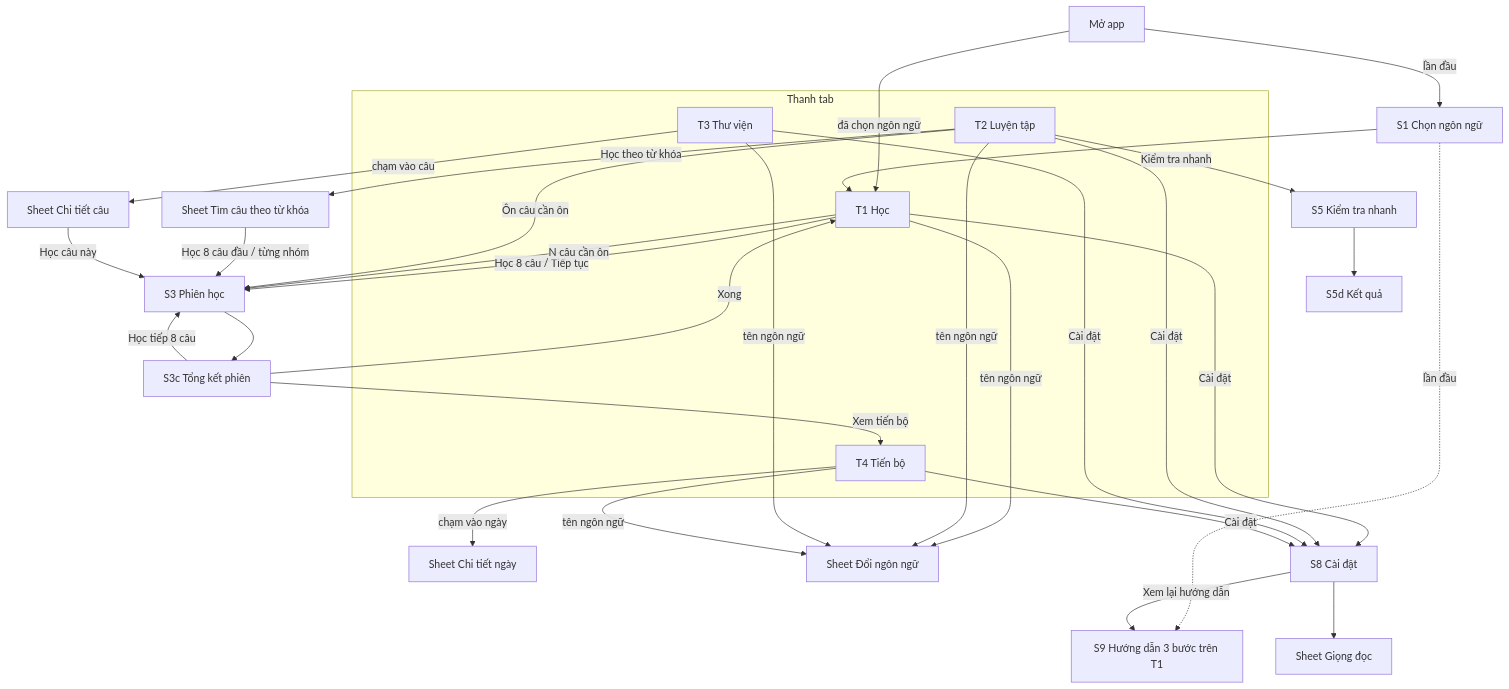
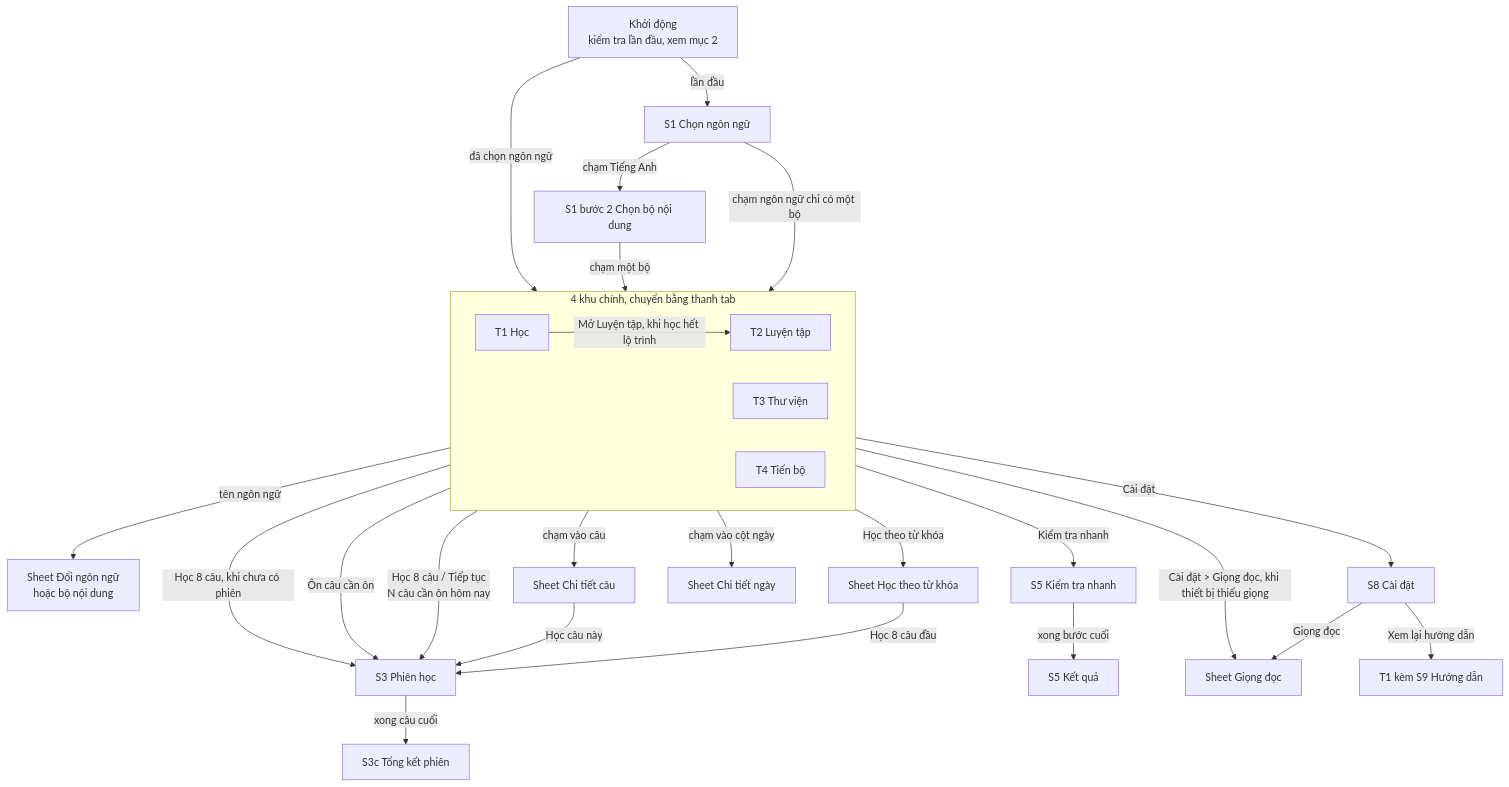
The third of 10 diagrams in docs/new/navigation.md (nguyendinhdat2207/dangonngu), drawn with Mermaid before and after one commit. The commit also changed other lines of this file and 85 other files, not shown here.

````diff
--- a/docs/new/navigation.md
+++ b/docs/new/navigation.md
@@ -5,37 +92,58 @@
 ```mermaid
 flowchart TD
-  A[Mở app] -->|lần đầu| L[S1 Chọn ngôn ngữ]
-  A -->|đã chọn ngôn ngữ| H
-  L --> H
-  L -.->|lần đầu| GD[S9 Hướng dẫn 3 bước trên T1]
+  BOOT["Khởi động<br/>kiểm tra lần đầu, xem mục 2"] -->|"lần đầu"| L["S1 Chọn ngôn ngữ"]
+  %% @spec APP-05
+  L -->|"chạm ngôn ngữ chỉ có một bộ"| TABS
+  %% @spec S1-04
+  L -->|"chạm Tiếng Anh"| PK["S1 bước 2 Chọn bộ nội dung"]
+  %% @spec S1-07
+  PK -->|"chạm một bộ"| TABS
+  %% @spec S1-07
+  BOOT -->|"đã chọn ngôn ngữ"| TABS
+  %% @spec APP-05
 
-  subgraph TABS[Thanh tab]
-    H[T1 Học]
-    P[T2 Luyện tập]
-    B[T3 Thư viện]
-    G[T4 Tiến bộ]
+  subgraph TABS["4 khu chính, chuyển bằng thanh tab"]
+    %% @spec APP-01, C5-01
+    direction LR
+    H["T1 Học"]
+    P["T2 Luyện tập"]
+    B["T3 Thư viện"]
+    G["T4 Tiến bộ"]
   end
 
-  H -->|Học 8 câu / Tiếp tục| S[S3 Phiên học]
-  H -->|N câu cần ôn| S
-  S --> SR[S3c Tổng kết phiên]
-  SR -->|Xem tiến bộ| G
-  SR -->|Học tiếp 8 câu| S
-  SR -->|Xong| H
+  TABS -->|"tên ngôn ngữ"| LS["Sheet Đổi ngôn ngữ<br/>hoặc bộ nội dung"]
+  %% @spec APP-02, APP-06
+  TABS -->|"Cài đặt"| ST["S8 Cài đặt"]
+  %% @spec APP-02
 
-  P -->|Ôn câu cần ôn| S
-  P -->|Kiểm tra nhanh| K[S5 Kiểm tra nhanh]
-  K --> KR[S5d Kết quả]
-  P -->|Học theo từ khóa| C[Sheet Tìm câu theo từ khóa]
-  C -->|Học 8 câu đầu / từng nhóm| S
-
-  B -->|chạm vào câu| D[Sheet Chi tiết câu]
-  D -->|Học câu này| S
-
-  G -->|chạm vào ngày| GDY[Sheet Chi tiết ngày]
-
-  H & P & B & G -->|tên ngôn ngữ| LS[Sheet Đổi ngôn ngữ]
-  H & P & B & G -->|Cài đặt| ST[S8 Cài đặt]
-  ST --> V[Sheet Giọng đọc]
-  ST -->|Xem lại hướng dẫn| GD
+  H -->|"Học 8 câu / Tiếp tục<br/>N câu cần ôn hôm nay"| S["S3 Phiên học"]
+  %% @spec T1-02, T1-04
+  H -->|"Mở Luyện tập, khi học hết lộ trình"| P
+  %% @spec T1-05
+  P -->|"Ôn câu cần ôn"| S
+  %% @spec T2-02
+  P -->|"Học theo từ khóa"| C["Sheet Học theo từ khóa"]
+  %% @spec T2-03
+  C -->|"Học 8 câu đầu"| S
+  %% @spec T2-03
+  P -->|"Kiểm tra nhanh"| K["S5 Kiểm tra nhanh"]
+  %% @spec T2-04
+  K -->|"xong bước cuối"| KR["S5 Kết quả"]
+  %% @spec S5-07
+  B -->|"chạm vào câu"| D["Sheet Chi tiết câu"]
+  %% @spec T3-05
+  D -->|"Học câu này"| S
+  %% @spec T3-05
+  G -->|"chạm vào cột ngày"| GD["Sheet Chi tiết ngày"]
+  %% @spec T4-07
+  G -->|"Học 8 câu, khi chưa có phiên"| S
+  %% @spec T4-08
+  S -->|"xong câu cuối"| SR["S3c Tổng kết phiên"]
+  %% @spec S3-02, S3-06
+  ST -->|"Giọng đọc"| V["Sheet Giọng đọc"]
+  %% @spec S8-02
+  H -->|"Cài đặt > Giọng đọc, khi thiết bị thiếu giọng"| V
+  %% @spec C1-05
+  ST -->|"Xem lại hướng dẫn"| HD["T1 kèm S9 Hướng dẫn"]
+  %% @spec S8-06, S9-05
 ```
````
